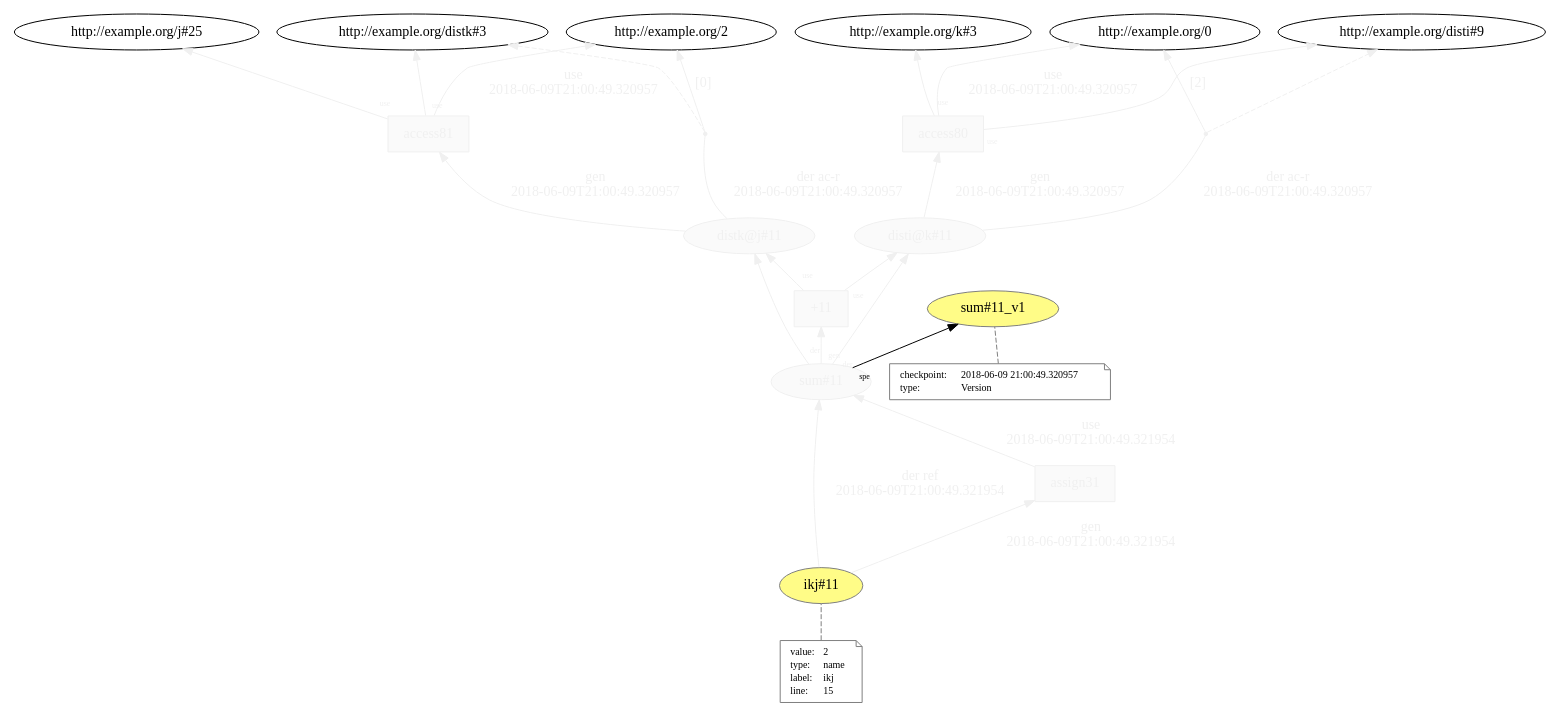
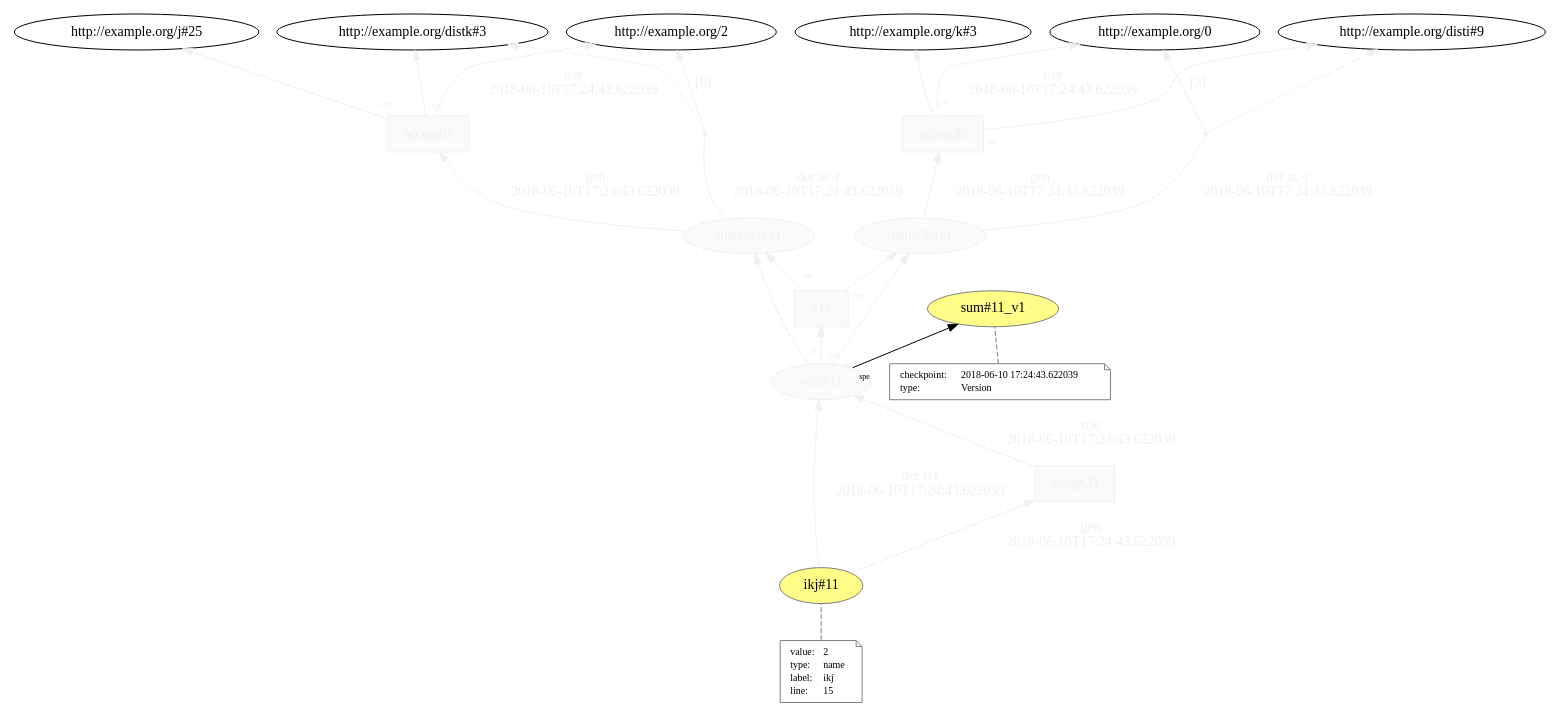
Before and after one commit to dew-uff/versioned-prov: the diagram in generated/intertwined_prov/temp/L15__access__access__operation__assign_11.dot, drawn with Graphviz. The commit also changed 947 other files, not shown here.

```diff
--- a/generated/intertwined_prov/temp/L15__access__access__operation__assign_11.dot
+++ b/generated/intertwined_prov/temp/L15__access__access__operation__assign_11.dot
@@ -1,75 +1,75 @@
 digraph "PROV" { size="16,12"; rankdir="BT";
 "http://example.org/disti@k#11" [fillcolor="#FAFAFA",color="#F0F0F0",style="filled",fontcolor="#F0F0F0",label="disti@k#11",URL="http://example.org/disti@k#11"]
 "http://example.org/access80" [fillcolor="#FAFAFA",color="#F0F0F0",shape="polygon",sides="4",style="filled",fontcolor="#F0F0F0",label="access80",URL="http://example.org/access80"]
 "bn0" [shape="point",label="",fontcolor="#F0F0F0",color="#F0F0F0"]
 "http://example.org/disti@k#11" -> "bn0" [fontsize="14",distance="1.5",angle="60.0",rotation="20",label="der ac-r
-2018-06-09T21:00:49.320957",arrowhead="none",fontcolor="#F0F0F0",color="#F0F0F0"]
+2018-06-10T17:24:43.622039",arrowhead="none",fontcolor="#F0F0F0",color="#F0F0F0"]
 "bn0" -> "http://example.org/disti#9" [style="dashed",fontcolor="#F0F0F0",color="#F0F0F0"]
 "bn0" -> "http://example.org/0" [fontsize="14",distance="1.5",angle="60.0",rotation="20",label="[2]",fontcolor="#F0F0F0",color="#F0F0F0"]
 "http://example.org/access80" -> "http://example.org/disti#9" [labelfontsize="8",labeldistance="1.5",labelangle="60.0",rotation="20",taillabel="use",fontcolor="#F0F0F0",color="#F0F0F0"]
 "http://example.org/access80" -> "http://example.org/k#3" [labelfontsize="8",labeldistance="1.5",labelangle="60.0",rotation="20",taillabel="use",fontcolor="#F0F0F0",color="#F0F0F0"]
 "http://example.org/distk@j#11" [fillcolor="#FAFAFA",color="#F0F0F0",style="filled",fontcolor="#F0F0F0",label="distk@j#11",URL="http://example.org/distk@j#11"]
 "http://example.org/access81" [fillcolor="#FAFAFA",color="#F0F0F0",shape="polygon",sides="4",style="filled",fontcolor="#F0F0F0",label="access81",URL="http://example.org/access81"]
 "bn1" [shape="point",label="",fontcolor="#F0F0F0",color="#F0F0F0"]
 "http://example.org/distk@j#11" -> "bn1" [fontsize="14",distance="1.5",angle="60.0",rotation="20",label="der ac-r
-2018-06-09T21:00:49.320957",arrowhead="none",fontcolor="#F0F0F0",color="#F0F0F0"]
+2018-06-10T17:24:43.622039",arrowhead="none",fontcolor="#F0F0F0",color="#F0F0F0"]
 "bn1" -> "http://example.org/distk#3" [style="dashed",fontcolor="#F0F0F0",color="#F0F0F0"]
 "bn1" -> "http://example.org/2" [fontsize="14",distance="1.5",angle="60.0",rotation="20",label="[0]",fontcolor="#F0F0F0",color="#F0F0F0"]
 "http://example.org/access81" -> "http://example.org/distk#3" [labelfontsize="8",labeldistance="1.5",labelangle="60.0",rotation="20",taillabel="use",fontcolor="#F0F0F0",color="#F0F0F0"]
 "http://example.org/access81" -> "http://example.org/j#25" [labelfontsize="8",labeldistance="1.5",labelangle="60.0",rotation="20",taillabel="use",fontcolor="#F0F0F0",color="#F0F0F0"]
 "http://example.org/sum#11" [fillcolor="#FAFAFA",color="#F0F0F0",style="filled",fontcolor="#F0F0F0",label="sum#11",URL="http://example.org/sum#11"]
 "http://example.org/sum#11_v1" [fillcolor="#FFFC87",color="#808080",style="filled",label="sum#11_v1",URL="http://example.org/sum#11_v1"]
 "http://example.org/sum#11_v1-attrs" [color="gray",shape="note",fontsize="10",fontcolor="black",label=<<TABLE cellpadding="0" border="0">
 	<TR>
 	    <TD align="left">checkpoint:</TD>
-	    <TD align="left">2018-06-09 21:00:49.320957</TD>
+	    <TD align="left">2018-06-10 17:24:43.622039</TD>
 	</TR>
 	<TR>
 	    <TD align="left">type:</TD>
 	    <TD align="left">Version</TD>
 	</TR>
 </TABLE>>]
 "http://example.org/sum#11_v1-attrs" -> "http://example.org/sum#11_v1" [color="gray",style="dashed",arrowhead="none"]
 "http://example.org/sum#11" -> "http://example.org/sum#11_v1" [labelfontsize="8",labeldistance="1.5",labelangle="60.0",rotation="20",taillabel="spe"]
 "http://example.org/+11" [fillcolor="#FAFAFA",color="#F0F0F0",shape="polygon",sides="4",style="filled",fontcolor="#F0F0F0",label="+11",URL="http://example.org/+11"]
 "http://example.org/sum#11" -> "http://example.org/disti@k#11" [labelfontsize="8",labeldistance="1.5",labelangle="60.0",rotation="20",taillabel="der",fontcolor="#F0F0F0",color="#F0F0F0"]
 "http://example.org/sum#11" -> "http://example.org/distk@j#11" [labelfontsize="8",labeldistance="1.5",labelangle="60.0",rotation="20",taillabel="der",fontcolor="#F0F0F0",color="#F0F0F0"]
 "http://example.org/ikj#11" [fillcolor="#FFFC87",color="#808080",style="filled",label="ikj#11",URL="http://example.org/ikj#11"]
 "http://example.org/ikj#11-attrs" [color="gray",shape="note",fontsize="10",fontcolor="black",label=<<TABLE cellpadding="0" border="0">
 	<TR>
 	    <TD align="left">value:</TD>
 	    <TD align="left">2</TD>
 	</TR>
 	<TR>
 	    <TD align="left">type:</TD>
 	    <TD align="left">name</TD>
 	</TR>
 	<TR>
 	    <TD align="left">label:</TD>
 	    <TD align="left">ikj</TD>
 	</TR>
 	<TR>
 	    <TD align="left">line:</TD>
 	    <TD align="left">15</TD>
 	</TR>
 </TABLE>>]
 "http://example.org/ikj#11-attrs" -> "http://example.org/ikj#11" [color="gray",style="dashed",arrowhead="none"]
 "http://example.org/assign31" [fillcolor="#FAFAFA",color="#F0F0F0",shape="polygon",sides="4",style="filled",fontcolor="#F0F0F0",label="assign31",URL="http://example.org/assign31"]
 "http://example.org/ikj#11" -> "http://example.org/sum#11" [fontsize="14",distance="1.5",angle="60.0",rotation="20",label="der ref
-2018-06-09T21:00:49.321954",fontcolor="#F0F0F0",color="#F0F0F0"]
+2018-06-10T17:24:43.622039",fontcolor="#F0F0F0",color="#F0F0F0"]
 "http://example.org/access81" -> "http://example.org/2" [fontsize="14",distance="1.5",angle="60.0",rotation="20",label="use
-2018-06-09T21:00:49.320957",fontcolor="#F0F0F0",color="#F0F0F0"]
+2018-06-10T17:24:43.622039",fontcolor="#F0F0F0",color="#F0F0F0"]
+"http://example.org/access80" -> "http://example.org/0" [fontsize="14",distance="1.5",angle="60.0",rotation="20",label="use
+2018-06-10T17:24:43.622039",fontcolor="#F0F0F0",color="#F0F0F0"]
+"http://example.org/+11" -> "http://example.org/distk@j#11" [labelfontsize="8",labeldistance="1.5",labelangle="60.0",rotation="20",taillabel="use",fontcolor="#F0F0F0",color="#F0F0F0"]
+"http://example.org/assign31" -> "http://example.org/sum#11" [fontsize="14",distance="1.5",angle="60.0",rotation="20",label="use
+2018-06-10T17:24:43.622039",fontcolor="#F0F0F0",color="#F0F0F0"]
 "http://example.org/+11" -> "http://example.org/disti@k#11" [labelfontsize="8",labeldistance="1.5",labelangle="60.0",rotation="20",taillabel="use",fontcolor="#F0F0F0",color="#F0F0F0"]
-"http://example.org/assign31" -> "http://example.org/sum#11" [fontsize="14",distance="1.5",angle="60.0",rotation="20",label="use
-2018-06-09T21:00:49.321954",fontcolor="#F0F0F0",color="#F0F0F0"]
-"http://example.org/+11" -> "http://example.org/distk@j#11" [labelfontsize="8",labeldistance="1.5",labelangle="60.0",rotation="20",taillabel="use",fontcolor="#F0F0F0",color="#F0F0F0"]
-"http://example.org/access80" -> "http://example.org/0" [fontsize="14",distance="1.5",angle="60.0",rotation="20",label="use
-2018-06-09T21:00:49.320957",fontcolor="#F0F0F0",color="#F0F0F0"]
+"http://example.org/disti@k#11" -> "http://example.org/access80" [fontsize="14",distance="1.5",angle="60.0",rotation="20",label="gen
+2018-06-10T17:24:43.622039",fontcolor="#F0F0F0",color="#F0F0F0"]
+"http://example.org/sum#11" -> "http://example.org/+11" [labelfontsize="8",labeldistance="1.5",labelangle="60.0",rotation="20",taillabel="gen",fontcolor="#F0F0F0",color="#F0F0F0"]
+"http://example.org/ikj#11" -> "http://example.org/assign31" [fontsize="14",distance="1.5",angle="60.0",rotation="20",label="gen
+2018-06-10T17:24:43.622039",fontcolor="#F0F0F0",color="#F0F0F0"]
 "http://example.org/distk@j#11" -> "http://example.org/access81" [fontsize="14",distance="1.5",angle="60.0",rotation="20",label="gen
-2018-06-09T21:00:49.320957",fontcolor="#F0F0F0",color="#F0F0F0"]
-"http://example.org/ikj#11" -> "http://example.org/assign31" [fontsize="14",distance="1.5",angle="60.0",rotation="20",label="gen
-2018-06-09T21:00:49.321954",fontcolor="#F0F0F0",color="#F0F0F0"]
-"http://example.org/disti@k#11" -> "http://example.org/access80" [fontsize="14",distance="1.5",angle="60.0",rotation="20",label="gen
-2018-06-09T21:00:49.320957",fontcolor="#F0F0F0",color="#F0F0F0"]
-"http://example.org/sum#11" -> "http://example.org/+11" [labelfontsize="8",labeldistance="1.5",labelangle="60.0",rotation="20",taillabel="gen",fontcolor="#F0F0F0",color="#F0F0F0"]
+2018-06-10T17:24:43.622039",fontcolor="#F0F0F0",color="#F0F0F0"]
 }
```
